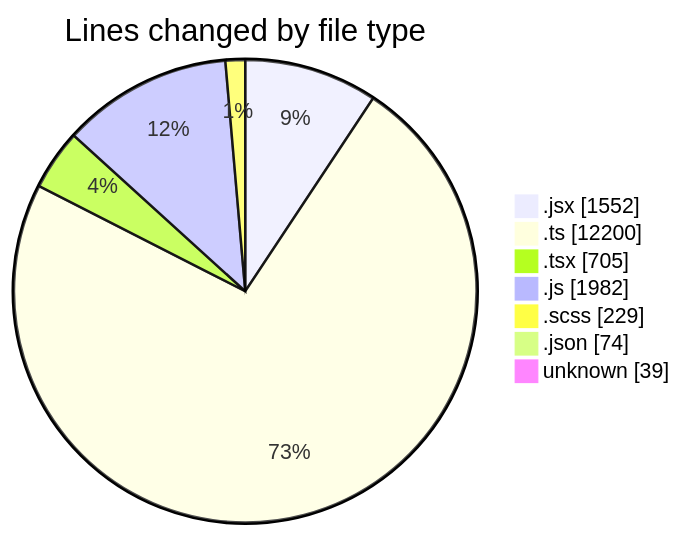
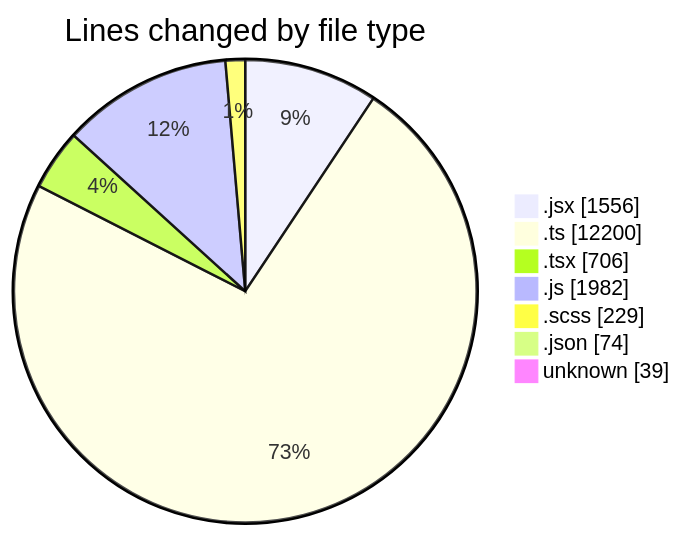
Before and after one commit to momahboobian/code-tracking: the first of 2 diagrams in 2025-06-05/cda/README.md, drawn with Mermaid. The commit also changed other lines of this file and 1 other file, not shown here.

````diff
--- a/2025-06-05/cda/README.md
+++ b/2025-06-05/cda/README.md
@@ -42,11 +42,11 @@
 ```mermaid
 pie showData
 title Lines changed by file type
-".jsx" : 1552
+".jsx" : 1556
 ".ts" : 12200
-".tsx" : 705
+".tsx" : 706
 ".js" : 1982
 ".scss" : 229
 ".json" : 74
 "unknown" : 39
 ```
````
